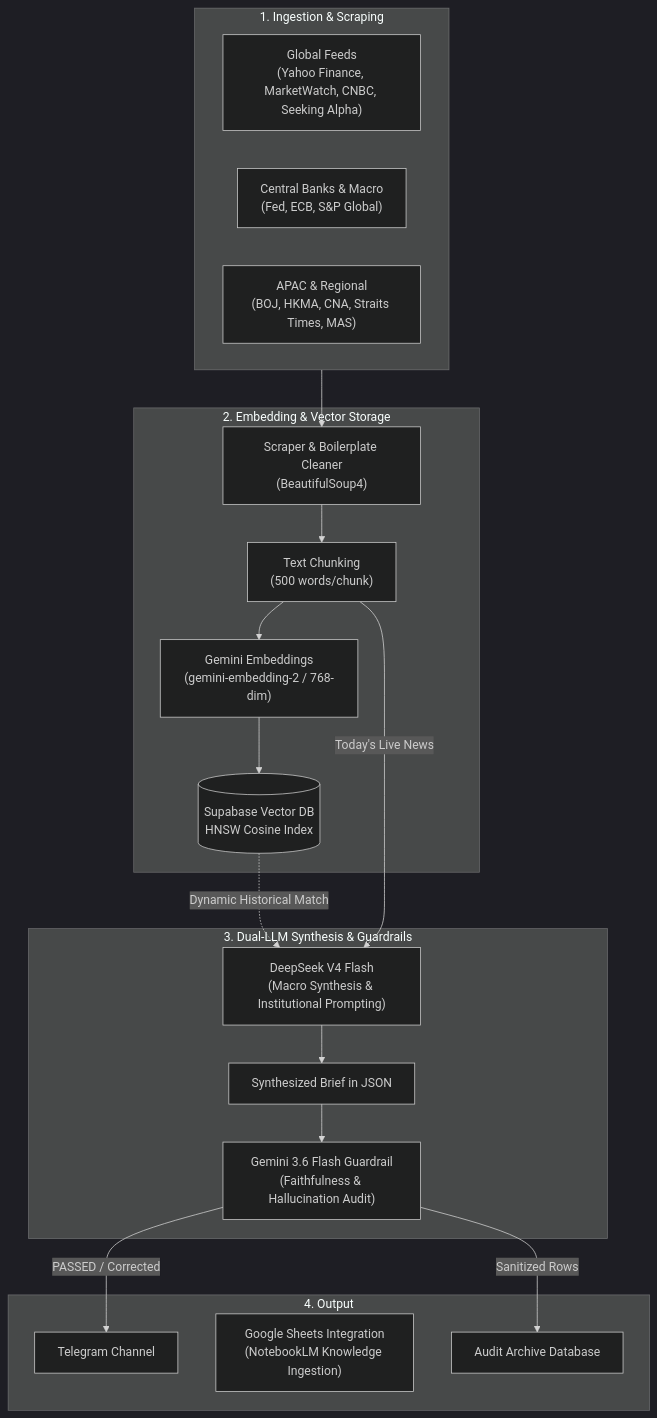
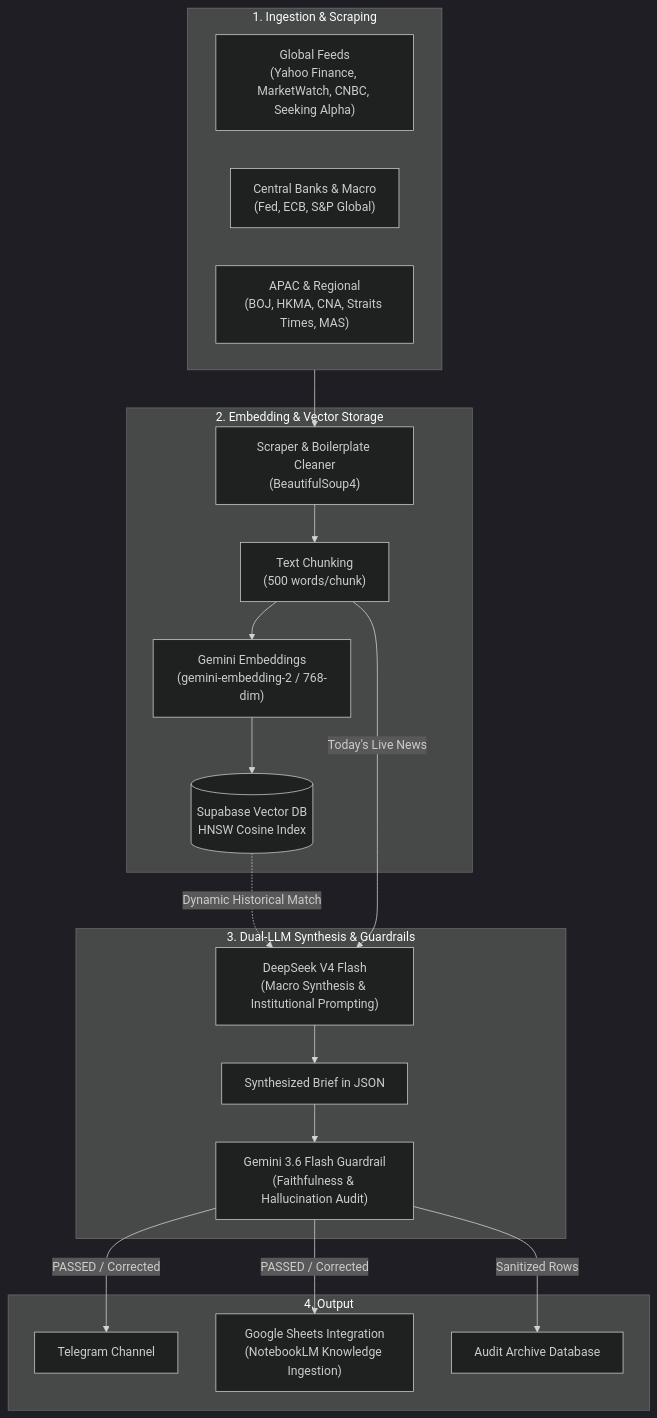
One commit to aientre86/AIxSEC changed the diagram in src/content/docs/ai-real-world/industry/finance/global-macro-synthesis.md. Above: the diagram before and after it, drawn with Mermaid (dark theme).

````diff
--- a/src/content/docs/ai-real-world/industry/finance/global-macro-synthesis.md
+++ b/src/content/docs/ai-real-world/industry/finance/global-macro-synthesis.md
@@ -57,38 +57,39 @@
 ```mermaid
 flowchart TD
     subgraph INGESTION["1. Ingestion & Scraping"]
         A1["Global Feeds<br/>(Yahoo Finance, MarketWatch, CNBC, Seeking Alpha)"]
         A2["Central Banks & Macro<br/>(Fed, ECB, S&P Global)"]
         A3["APAC & Regional<br/>(BOJ, HKMA, CNA, Straits Times, MAS)"]
     end
 
     subgraph RAG_PIPELINE["2. Embedding & Vector Storage"]
         B["Scraper & Boilerplate Cleaner<br/>(BeautifulSoup4)"]
         C["Text Chunking<br/>(500 words/chunk)"]
         D["Gemini Embeddings<br/>(gemini-embedding-2 / 768-dim)"]
         E[("Supabase Vector DB<br/>HNSW Cosine Index")]
     end
 
     subgraph INTELLIGENCE["3. Dual-LLM Synthesis & Guardrails"]
         F["DeepSeek V4 Flash<br/>(Macro Synthesis & Institutional Prompting)"]
         G["Synthesized Brief in JSON"]
         H["Gemini 3.6 Flash Guardrail<br/>(Faithfulness & Hallucination Audit)"]
     end
 
     subgraph DISTRIBUTION["4. Output"]
         I["Telegram Channel"]
         J["Google Sheets Integration<br/>(NotebookLM Knowledge Ingestion)"]
         K["Audit Archive Database"]
     end
 
     INGESTION --> B
     B --> C
     C --> D
     D --> E
     E -.->|Dynamic Historical Match| F
     C -->|Today's Live News| F
     F --> G
     G --> H
     H -->|PASSED / Corrected| I
+    H -->|PASSED / Corrected| J
     H -->|Sanitized Rows| K
 ```
````
